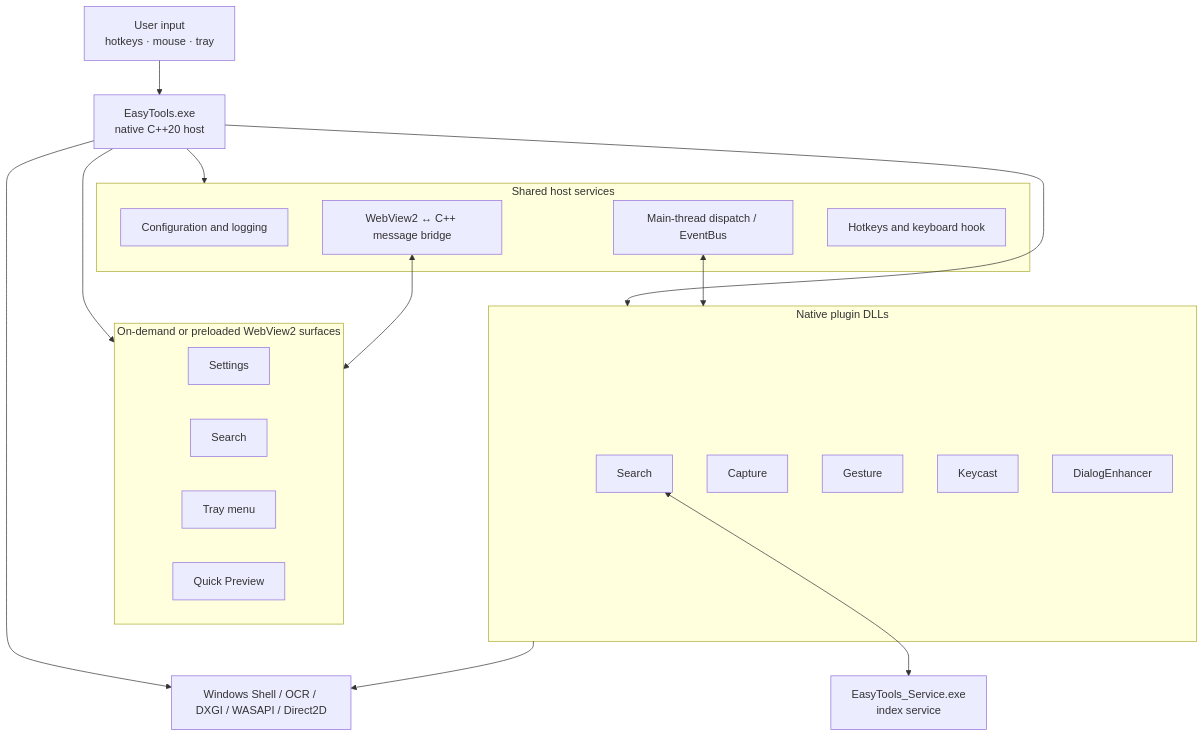
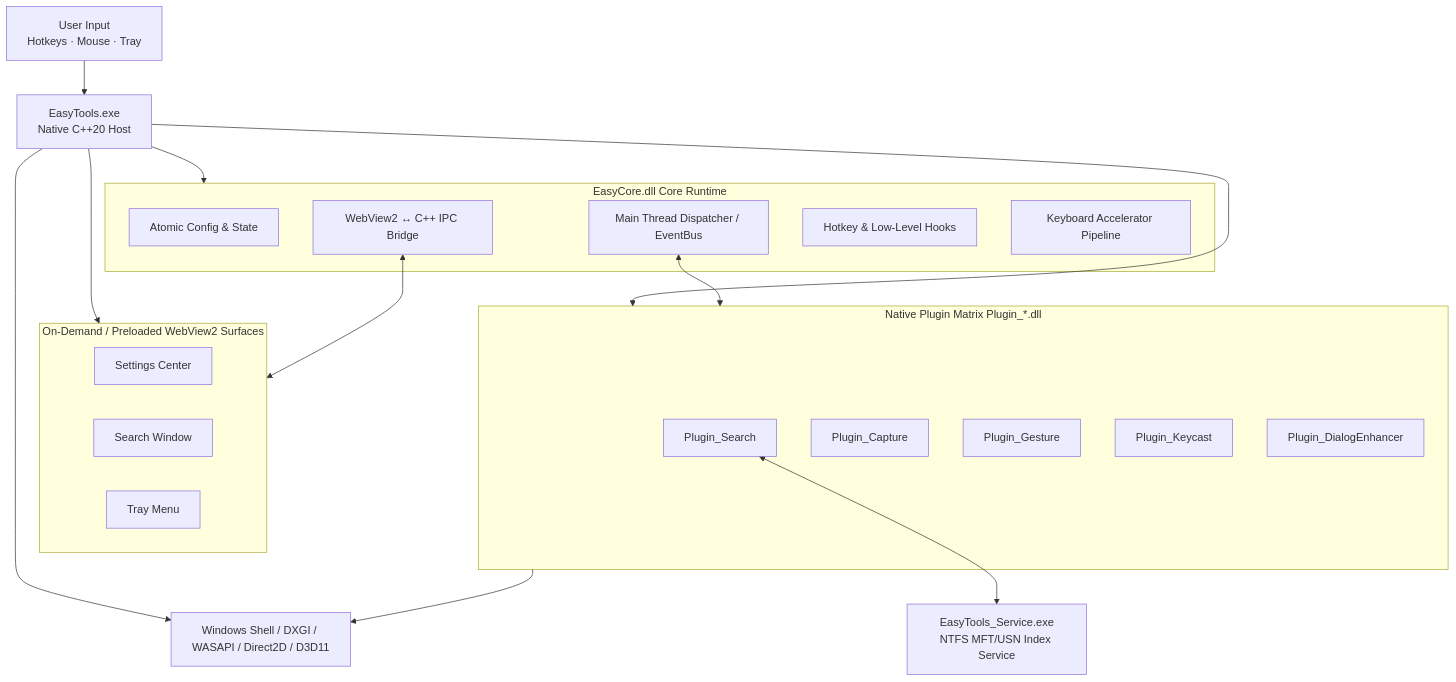
The diagram in README.en.md (yuan278501381/EasyTools), drawn with Mermaid before and after one commit. The commit also changed other lines of this file and 15 other files, not shown here.

First line of the commit message:
docs: 全面重构中英文官方 README 并嵌入 6 大核心模块成对高清动图与截图

````diff
--- a/README.en.md
+++ b/README.en.md
@@ -128,35 +187,35 @@
 ```mermaid
 flowchart TB
-    User[User input<br/>hotkeys · mouse · tray] --> Host[EasyTools.exe<br/>native C++20 host]
+    User[User Input<br/>Hotkeys · Mouse · Tray] --> Host[EasyTools.exe<br/>Native C++20 Host]
 
-    subgraph Core[Shared host services]
-        Config[Configuration and logging]
-        Dispatch[Main-thread dispatch / EventBus]
-        Bridge[WebView2 ↔ C++ message bridge]
-        Input[Hotkeys and keyboard hook]
+    subgraph Core[EasyCore.dll Core Runtime]
+        Config[Atomic Config & State]
+        Dispatch[Main Thread Dispatcher / EventBus]
+        Bridge[WebView2 ↔ C++ IPC Bridge]
+        Input[Hotkey & Low-Level Hooks]
+        Pipeline[Keyboard Accelerator Pipeline]
     end
 
-    subgraph UI[On-demand or preloaded WebView2 surfaces]
-        Settings[Settings]
-        SearchUI[Search]
-        Tray[Tray menu]
-        Preview[Quick Preview]
+    subgraph UI[On-Demand / Preloaded WebView2 Surfaces]
+        Settings[Settings Center]
+        SearchUI[Search Window]
+        Tray[Tray Menu]
     end
 
-    subgraph Plugins[Native plugin DLLs]
-        Search[Search]
-        Capture[Capture]
-        Gesture[Gesture]
-        Keycast[Keycast]
-        Dialog[DialogEnhancer]
+    subgraph Plugins[Native Plugin Matrix Plugin_*.dll]
+        Search[Plugin_Search]
+        Capture[Plugin_Capture]
+        Gesture[Plugin_Gesture]
+        Keycast[Plugin_Keycast]
+        Dialog[Plugin_DialogEnhancer]
     end
 
     Host --> Core
     Host --> UI
     Host --> Plugins
     Bridge <--> UI
     Dispatch <--> Plugins
-    Search <--> Service[EasyTools_Service.exe<br/>index service]
-    Host --> WinAPI[Windows Shell / OCR / DXGI / WASAPI / Direct2D]
+    Search <--> Service[EasyTools_Service.exe<br/>NTFS MFT/USN Index Service]
+    Host --> WinAPI[Windows Shell / DXGI / WASAPI / Direct2D / D3D11]
     Plugins --> WinAPI
 ```
````
